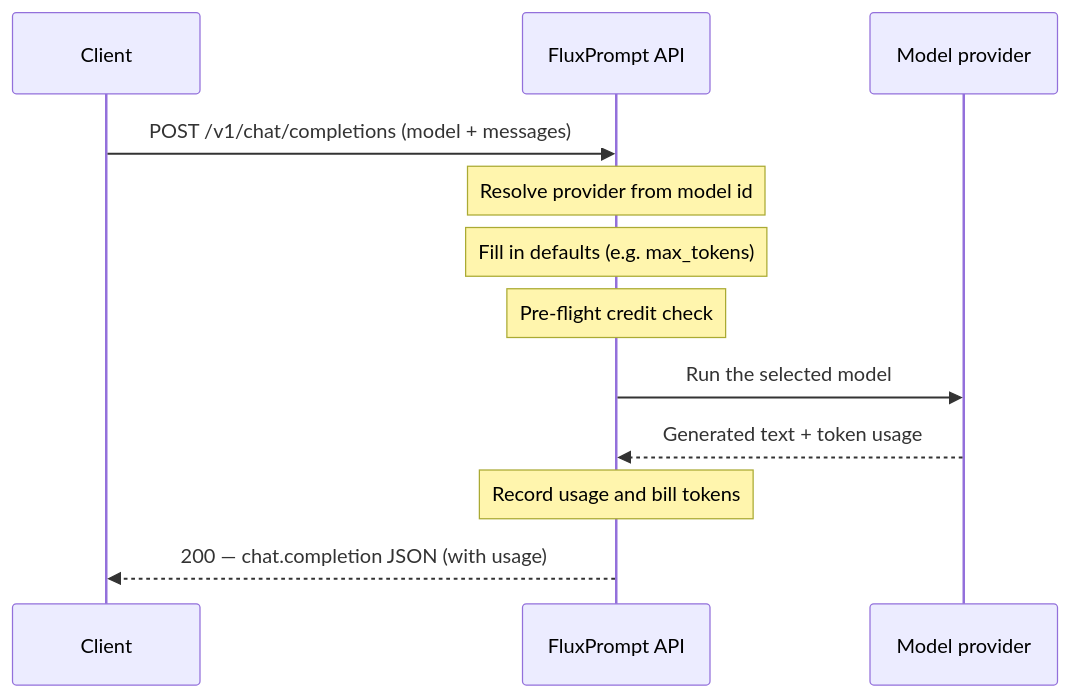
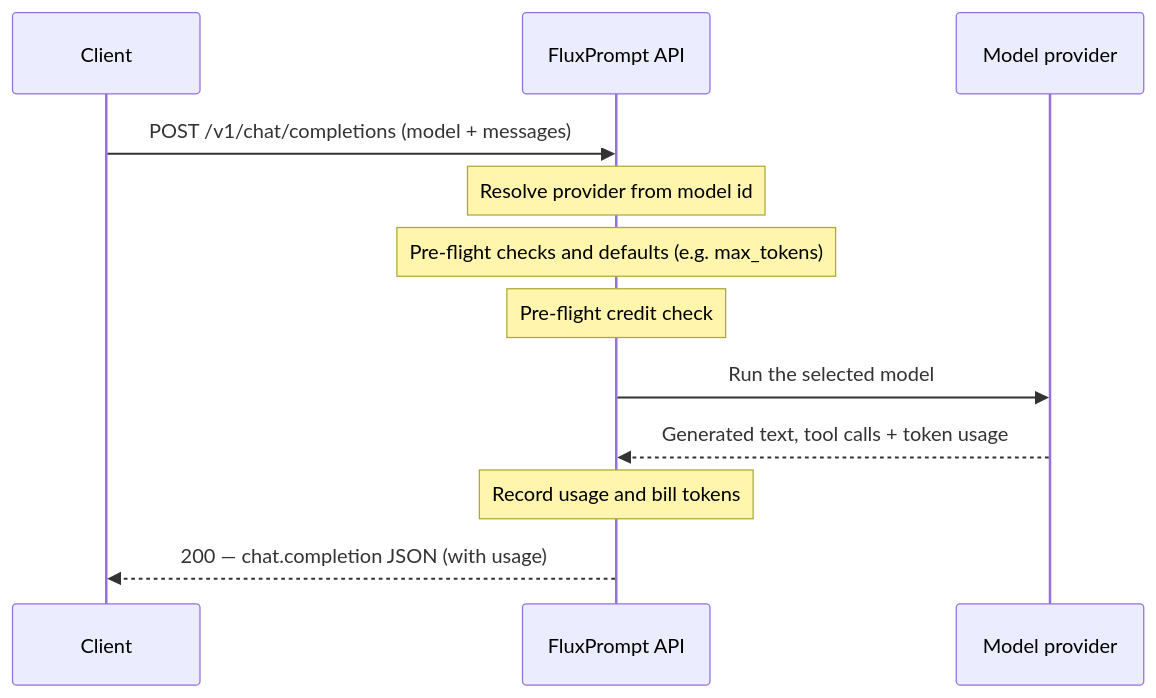
One commit to enhancedai-com/docs changed the first of 2 diagrams in main-api/specific-features/completions-api/how-it-works.mdx. Above: the diagram before and after it, drawn with Mermaid. The commit also changed other lines of this file and 8 other files, not shown here.

````diff
--- a/main-api/specific-features/completions-api/how-it-works.mdx
+++ b/main-api/specific-features/completions-api/how-it-works.mdx
@@ -16,15 +20,15 @@
 ```mermaid
 sequenceDiagram
     participant Client
     participant API as FluxPrompt API
     participant Provider as Model provider
 
     Client->>API: POST /v1/chat/completions (model + messages)
     Note over API: Resolve provider from model id
-    Note over API: Fill in defaults (e.g. max_tokens)
+    Note over API: Pre-flight checks and defaults (e.g. max_tokens)
     Note over API: Pre-flight credit check
     API->>Provider: Run the selected model
-    Provider-->>API: Generated text + token usage
+    Provider-->>API: Generated text, tool calls + token usage
     Note over API: Record usage and bill tokens
     API-->>Client: 200 — chat.completion JSON (with usage)
 ```
````
